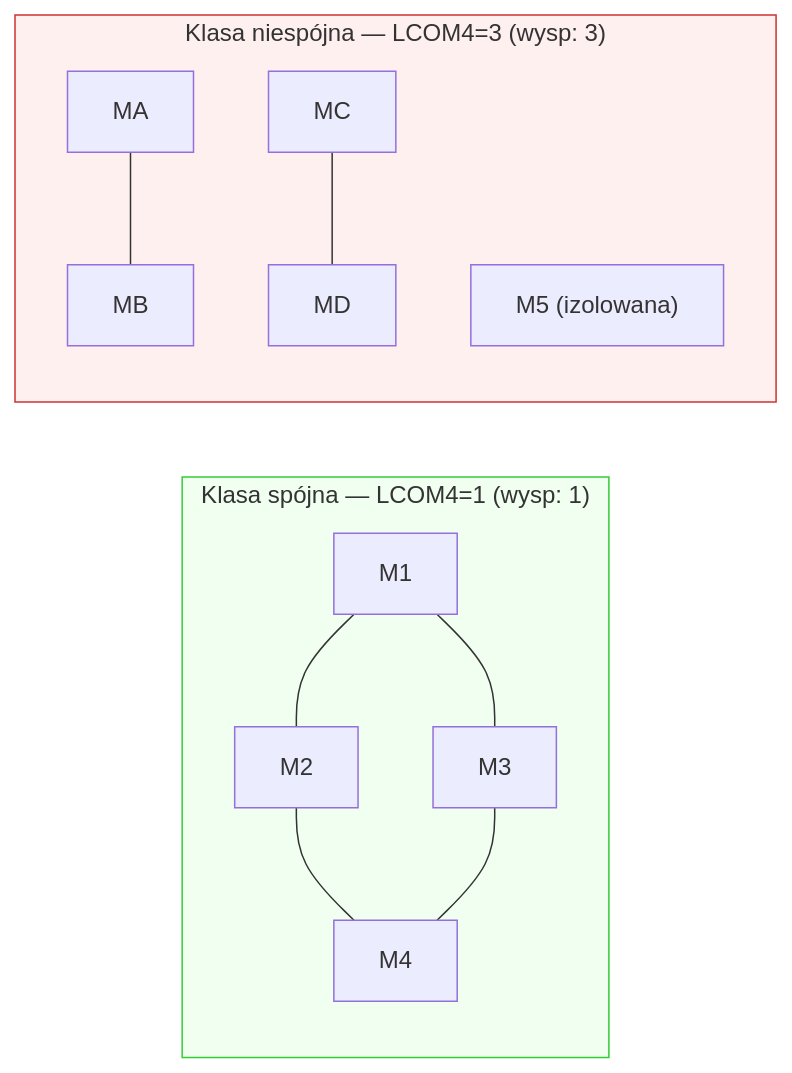
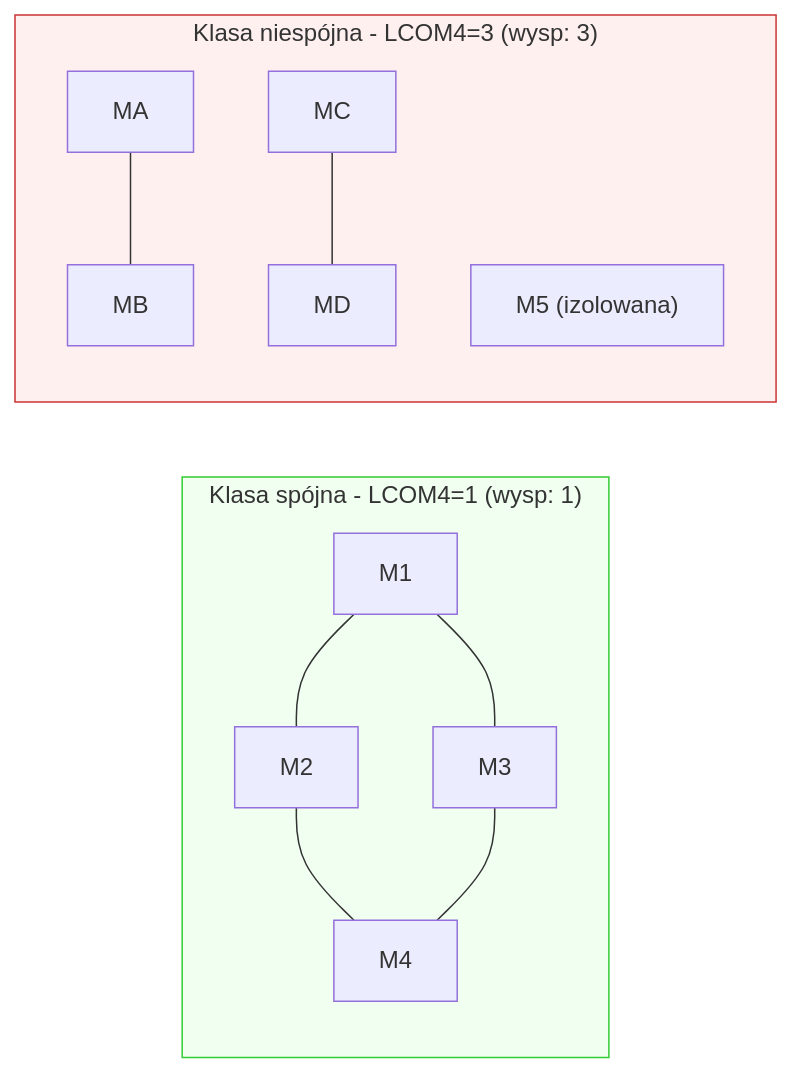
One commit to PiotrGry/qse-pkg changed the fifth of 14 diagrams in artifacts/qse_podrecznik.md. Above: the diagram before and after it, drawn with Mermaid. The commit also changed other lines of this file and 46 other files, not shown here.

````diff
--- a/artifacts/qse_podrecznik.md
+++ b/artifacts/qse_podrecznik.md
@@ -449,16 +449,16 @@
 ```mermaid
 graph LR
-    subgraph coh1["Klasa spójna — LCOM4=1 (wysp: 1)"]
+    subgraph coh1["Klasa spójna - LCOM4=1 (wysp: 1)"]
         M1---M2
         M1---M3
         M2---M4
         M3---M4
     end
-    subgraph coh3["Klasa niespójna — LCOM4=3 (wysp: 3)"]
+    subgraph coh3["Klasa niespójna - LCOM4=3 (wysp: 3)"]
         MA---MB
         MC---MD
         ME["M5 (izolowana)"]
     end
     style coh1 fill:#f0fff0,stroke:#33cc33
     style coh3 fill:#fff0f0,stroke:#cc3333
 ```
````
